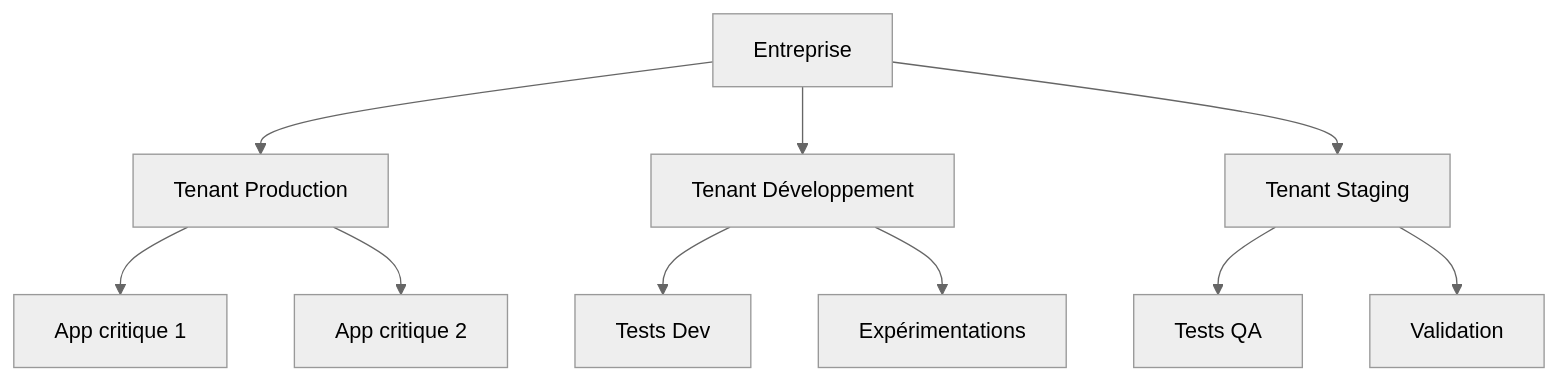
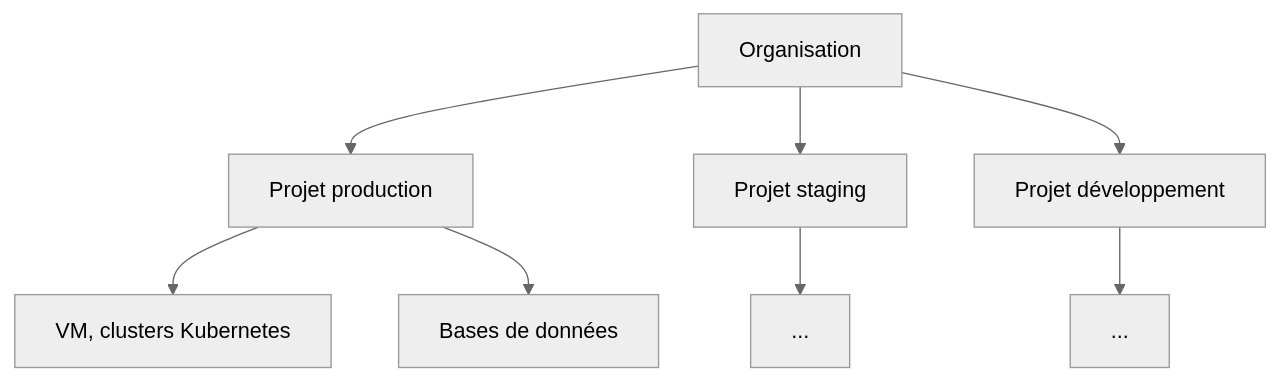
Before and after one commit to HidoraSwiss/hikube-public-doc: the diagram in docs/getting-started/concepts.md, drawn with Mermaid (neutral theme). The commit also changed other lines of this file and 6 other files, not shown here.

````diff
--- a/docs/getting-started/concepts.md
+++ b/docs/getting-started/concepts.md
@@ -22,15 +28,11 @@
 ```mermaid
 graph TB
-    A[Entreprise] --> B[Tenant Production]
-    A --> C[Tenant Développement]
-    A --> D[Tenant Staging]
+    O[Organisation] --> P1[Projet production]
+    O --> P2[Projet staging]
+    O --> P3[Projet développement]
 
-    B --> E[App critique 1]
-    B --> F[App critique 2]
-
-    C --> G[Tests Dev]
-    C --> H[Expérimentations]
-
-    D --> I[Tests QA]
-    D --> J[Validation]
+    P1 --> R1[VM, clusters Kubernetes]
+    P1 --> R2[Bases de données]
+    P2 --> R3[...]
+    P3 --> R4[...]
 ```
````
